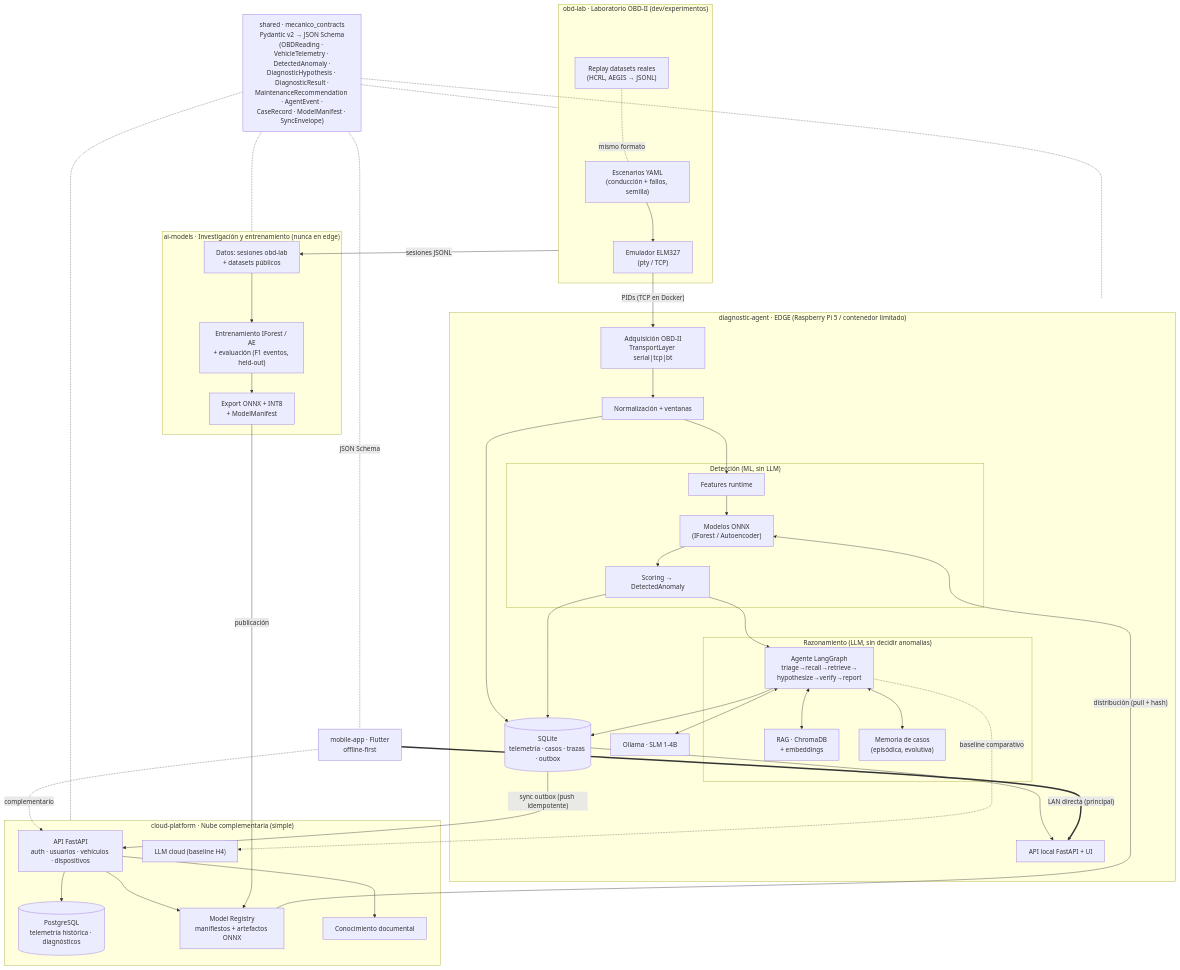
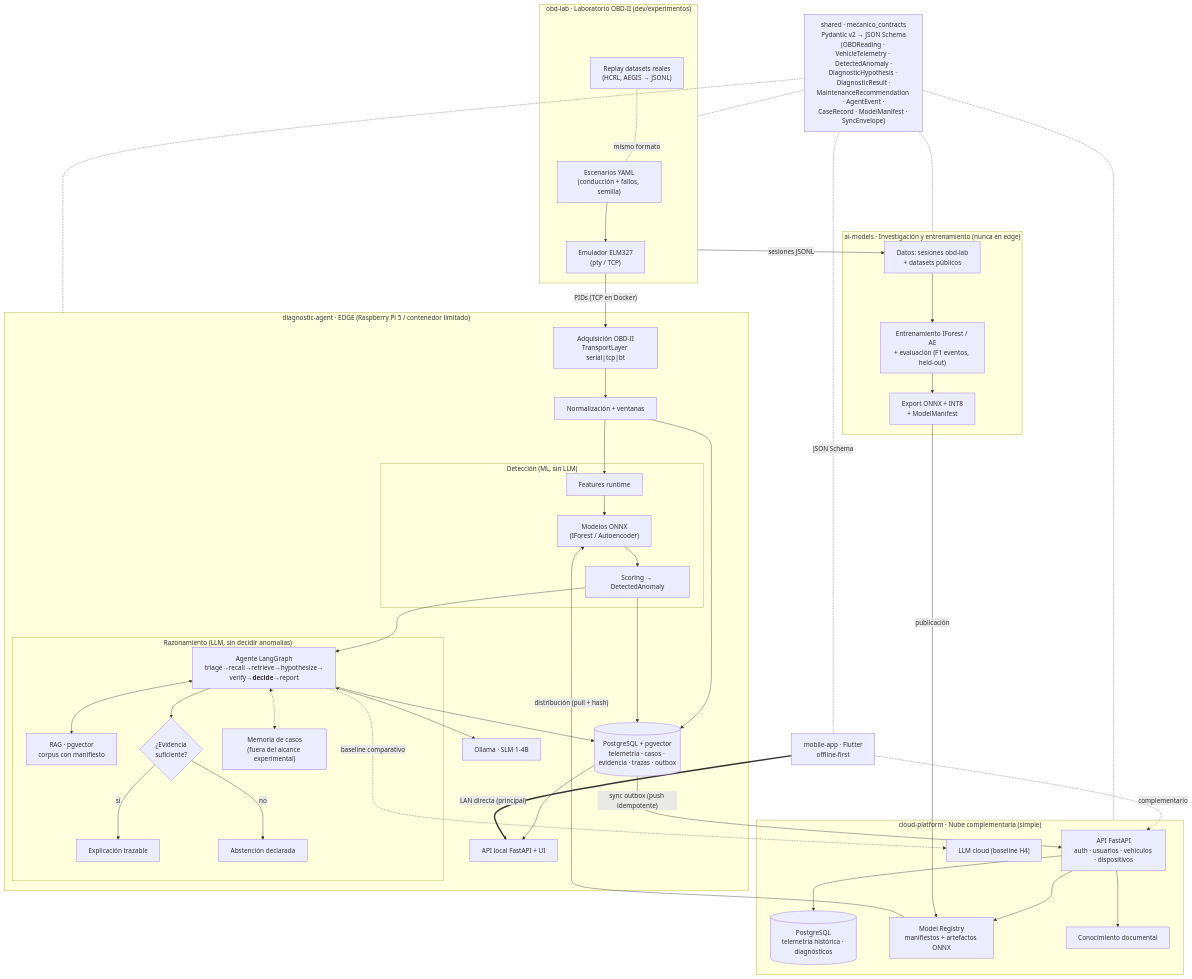
Before and after one commit to 3dluis/tfm-mecanico-ai: the diagram in docs/diagrams/arquitectura.mermaid, drawn with Mermaid. The commit also changed 13 other files, not shown here.

First line of the commit message:
docs(arquitectura): F5 - flujo cientifico con bifurcacion de abstencion y marcado de lo fuera de alcance

```diff
--- a/docs/diagrams/arquitectura.mermaid
+++ b/docs/diagrams/arquitectura.mermaid
@@ -1,70 +1,79 @@
+%% Arquitectura del monorepo. Flujo científico principal (PI v4, ADR-0036) resaltado en
+%% el bloque de razonamiento: diagnóstico → RAG → verificación del soporte →
+%% explicación trazable o abstención. Detección y memoria son subsistemas auxiliares.
 flowchart TB
     subgraph LAB["obd-lab · Laboratorio OBD-II (dev/experimentos)"]
         SCEN["Escenarios YAML<br/>(conducción + fallos, semilla)"]
         EMU["Emulador ELM327<br/>(pty / TCP)"]
         REPLAY["Replay datasets reales<br/>(HCRL, AEGIS → JSONL)"]
         SCEN --> EMU
         REPLAY -. mismo formato .- SCEN
     end
 
     subgraph EDGE["diagnostic-agent · EDGE (Raspberry Pi 5 / contenedor limitado)"]
         ACQ["Adquisición OBD-II<br/>TransportLayer serial|tcp|bt"]
         TEL["Normalización + ventanas"]
         subgraph ML["Detección (ML, sin LLM)"]
             FEAT["Features runtime"]
             ONNX["Modelos ONNX<br/>(IForest / Autoencoder)"]
             SCORE["Scoring → DetectedAnomaly"]
         end
         subgraph LLMZ["Razonamiento (LLM, sin decidir anomalías)"]
-            GRAPH["Agente LangGraph<br/>triage→recall→retrieve→<br/>hypothesize→verify→report"]
-            RAG["RAG · ChromaDB<br/>+ embeddings"]
-            MEM["Memoria de casos<br/>(episódica, evolutiva)"]
+            GRAPH["Agente LangGraph<br/>triage→recall→retrieve→hypothesize→<br/>verify→<b>decide</b>→report"]
+            RAG["RAG · pgvector<br/>corpus con manifiesto"]
+            SUF{"¿Evidencia<br/>suficiente?"}
+            EXPL["Explicación trazable"]
+            ABST["Abstención declarada"]
+            MEM["Memoria de casos<br/>(fuera del alcance experimental)"]
+            GRAPH --> SUF
+            SUF -- "sí" --> EXPL
+            SUF -- "no" --> ABST
         end
         OLL["Ollama · SLM 1-4B"]
-        DB[("SQLite<br/>telemetría · casos · trazas · outbox")]
+        DB[("PostgreSQL + pgvector<br/>telemetría · casos · evidencia · trazas · outbox")]
         APIL["API local FastAPI + UI"]
         ACQ --> TEL --> FEAT --> ONNX --> SCORE --> GRAPH
         GRAPH <--> RAG
-        GRAPH <--> MEM
+        GRAPH <-.-> MEM
         GRAPH <--> OLL
         TEL --> DB
         SCORE --> DB
         GRAPH --> DB
         DB --> APIL
     end
 
     subgraph CLOUD["cloud-platform · Nube complementaria (simple)"]
         CAPI["API FastAPI<br/>auth · usuarios · vehículos · dispositivos"]
         PG[("PostgreSQL<br/>telemetría histórica · diagnósticos")]
         MREG["Model Registry<br/>manifiestos + artefactos ONNX"]
         KNOW["Conocimiento documental"]
         LLMBIG["LLM cloud (baseline H4)"]
         CAPI --> PG
         CAPI --> MREG
         CAPI --> KNOW
     end
 
     subgraph RESEARCH["ai-models · Investigación y entrenamiento (nunca en edge)"]
         DATA["Datos: sesiones obd-lab<br/>+ datasets públicos"]
         TRAIN["Entrenamiento IForest / AE<br/>+ evaluación (F1 eventos, held-out)"]
         EXPORT["Export ONNX + INT8<br/>+ ModelManifest"]
         DATA --> TRAIN --> EXPORT
     end
 
     MOBILE["mobile-app · Flutter<br/>offline-first"]
 
     EMU -- "PIDs (TCP en Docker)" --> ACQ
     LAB -- "sesiones JSONL" --> DATA
     EXPORT -- "publicación" --> MREG
     MREG -- "distribución (pull + hash)" --> ONNX
     DB -- "sync outbox (push idempotente)" --> CAPI
     GRAPH -. "baseline comparativo" .-> LLMBIG
     MOBILE == "LAN directa (principal)" ==> APIL
     MOBILE -. "complementario" .-> CAPI
 
     SHARED["shared · mecanico_contracts<br/>Pydantic v2 → JSON Schema<br/>(OBDReading · VehicleTelemetry · DetectedAnomaly ·<br/>DiagnosticHypothesis · DiagnosticResult ·<br/>MaintenanceRecommendation · AgentEvent ·<br/>CaseRecord · ModelManifest · SyncEnvelope)"]
     SHARED -.- LAB
     SHARED -.- EDGE
     SHARED -.- CLOUD
     SHARED -.- RESEARCH
     SHARED -. "JSON Schema" .- MOBILE
```
